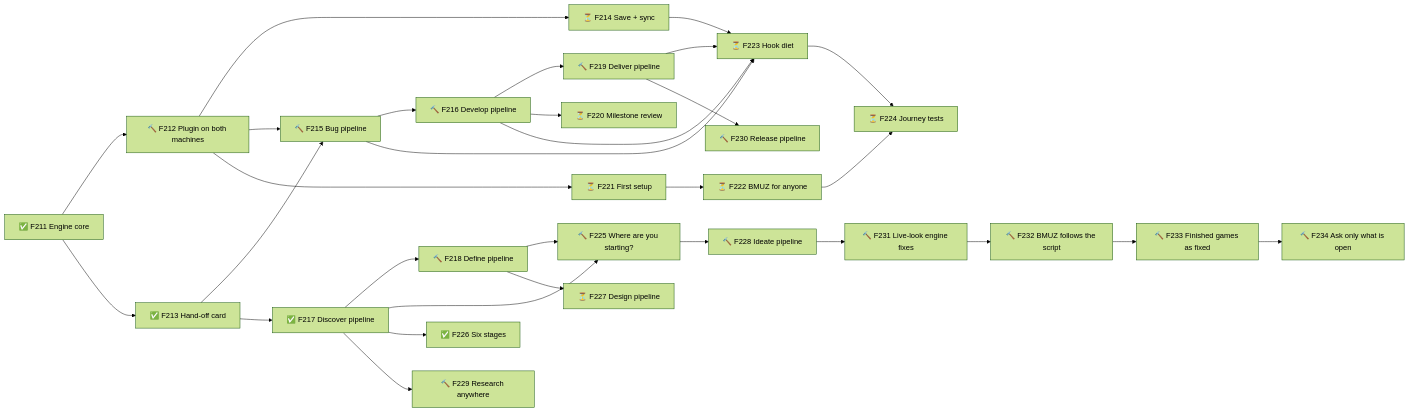
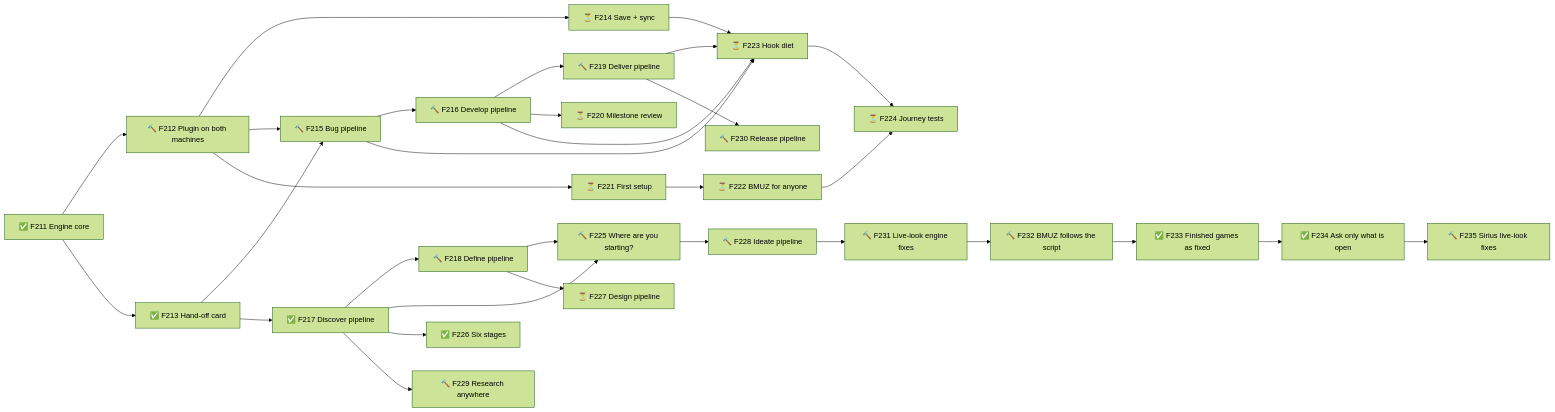
Before and after one commit to TheBlueMuzzy/framework: diagram 41 of 41 in .planning/ROADMAP.md, drawn with Mermaid (forest theme). The commit also changed other lines of this file and 2 other files, not shown here.

Commit message:
F233 + F234: done (Muzzy: finished a); F235 — Fixes from the Sirius Smugglers live look planned

````diff
--- a/.planning/ROADMAP.md
+++ b/.planning/ROADMAP.md
@@ -670,32 +671,33 @@
 ```mermaid
 flowchart LR
   F211[✅ F211 Engine core] --> F212[🔨 F212 Plugin on both machines]
   F211 --> F213[✅ F213 Hand-off card]
   F212 --> F214[⏳ F214 Save + sync]
   F212 --> F215[🔨 F215 Bug pipeline]
   F213 --> F215
   F215 --> F216[🔨 F216 Develop pipeline]
   F213 --> F217[✅ F217 Discover pipeline]
   F217 --> F218[🔨 F218 Define pipeline]
   F216 --> F219[🔨 F219 Deliver pipeline]
   F216 --> F220[⏳ F220 Milestone review]
   F212 --> F221[⏳ F221 First setup]
   F221 --> F222[⏳ F222 BMUZ for anyone]
   F214 --> F223[⏳ F223 Hook diet]
   F215 --> F223
   F216 --> F223
   F219 --> F223
   F223 --> F224[⏳ F224 Journey tests]
   F222 --> F224
   F217 --> F225[🔨 F225 Where are you starting?]
   F218 --> F225
   F217 --> F226[✅ F226 Six stages]
   F225 --> F228[🔨 F228 Ideate pipeline]
   F217 --> F229[🔨 F229 Research anywhere]
   F219 --> F230[🔨 F230 Release pipeline]
   F228 --> F231[🔨 F231 Live-look engine fixes]
   F231 --> F232[🔨 F232 BMUZ follows the script]
-  F232 --> F233[🔨 F233 Finished games as fixed]
-  F233 --> F234[🔨 F234 Ask only what is open]
+  F232 --> F233[✅ F233 Finished games as fixed]
+  F233 --> F234[✅ F234 Ask only what is open]
+  F234 --> F235[🔨 F235 Sirius live-look fixes]
   F218 --> F227[⏳ F227 Design pipeline]
 ```
````
